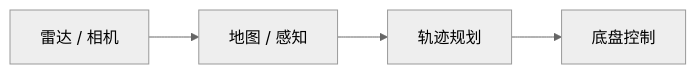
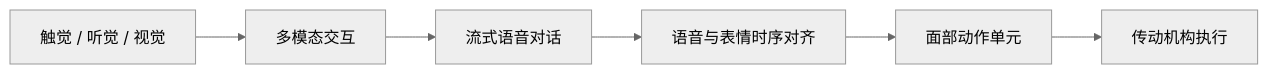
One commit to MorphLyu/MorphLyu changed the diagram in PROJECTS.md. Above: the diagram before and after it, drawn with Mermaid (neutral theme). The commit also changed other lines of this file and 58 other files, not shown here.

````diff
--- a/PROJECTS.md
+++ b/PROJECTS.md
@@ -199,8 +89,8 @@
 ```mermaid
 flowchart LR
-    N0[雷达 / 相机]
-    N1[地图 / 感知]
-    N2[轨迹规划]
-    N3[底盘控制]
-    N0 --> N1 --> N2 --> N3
+    A[触觉 / 听觉 / 视觉] --> B[多模态交互]
+    B --> C[流式语音对话]
+    C --> D[语音与表情时序对齐]
+    D --> E[面部动作单元]
+    E --> F[传动机构执行]
 ```
````
